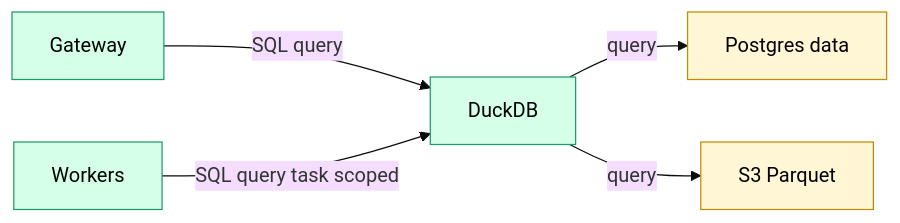
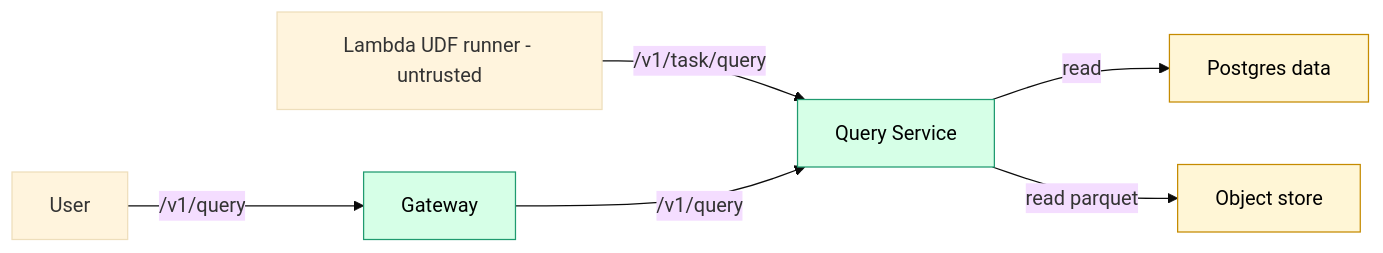
The diagram in docs/architecture/containers/query_service.md (c7121/trace), drawn with Mermaid (base theme) before and after one commit. The commit also changed other lines of this file and 9 other files, not shown here.

Commit message:
docs: consolidate query service docs

````diff
--- a/docs/architecture/containers/query_service.md
+++ b/docs/architecture/containers/query_service.md
@@ -18,17 +31,12 @@
 ```mermaid
 flowchart LR
-    gateway["Gateway"]:::container
-    workers["Workers"]:::container
-    duckdb["DuckDB"]:::component
-    postgres["Postgres data"]:::database
-    s3["S3 Parquet"]:::database
+    user["User"] -->|/v1/query| gateway["Gateway"]:::container
+    task["Lambda UDF runner - untrusted"] -->|/v1/task/query| qs["Query Service"]:::container
+    gateway -->|/v1/query| qs
 
-    gateway -->|SQL query| duckdb
-    workers -->|SQL query task scoped| duckdb
-    duckdb -->|query| postgres
-    duckdb -->|query| s3
+    qs -->|read| pg["Postgres data"]:::database
+    qs -->|read parquet| obj["Object store"]:::database
 
-    classDef component fill:#d6ffe7,stroke:#1f9a6f,color:#000;
     classDef container fill:#d6ffe7,stroke:#1f9a6f,color:#000;
     classDef database fill:#fff6d6,stroke:#c58b00,color:#000;
 ```
````
